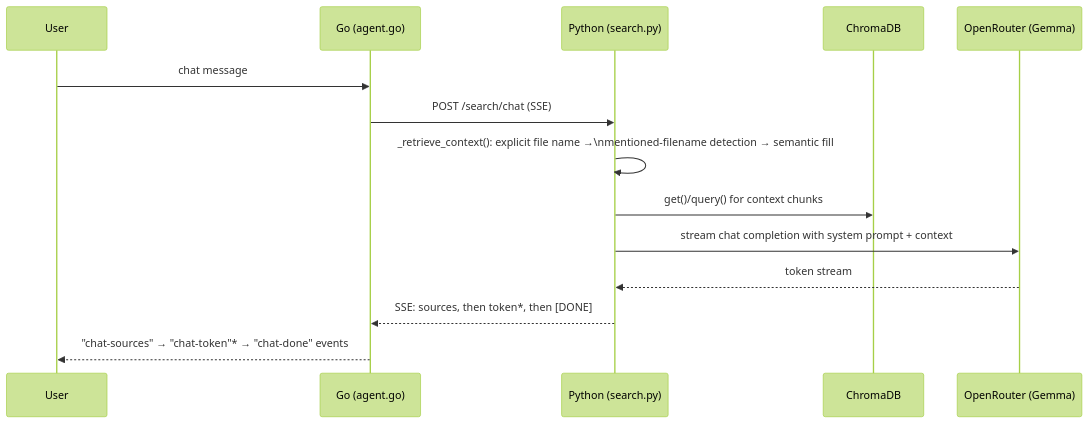
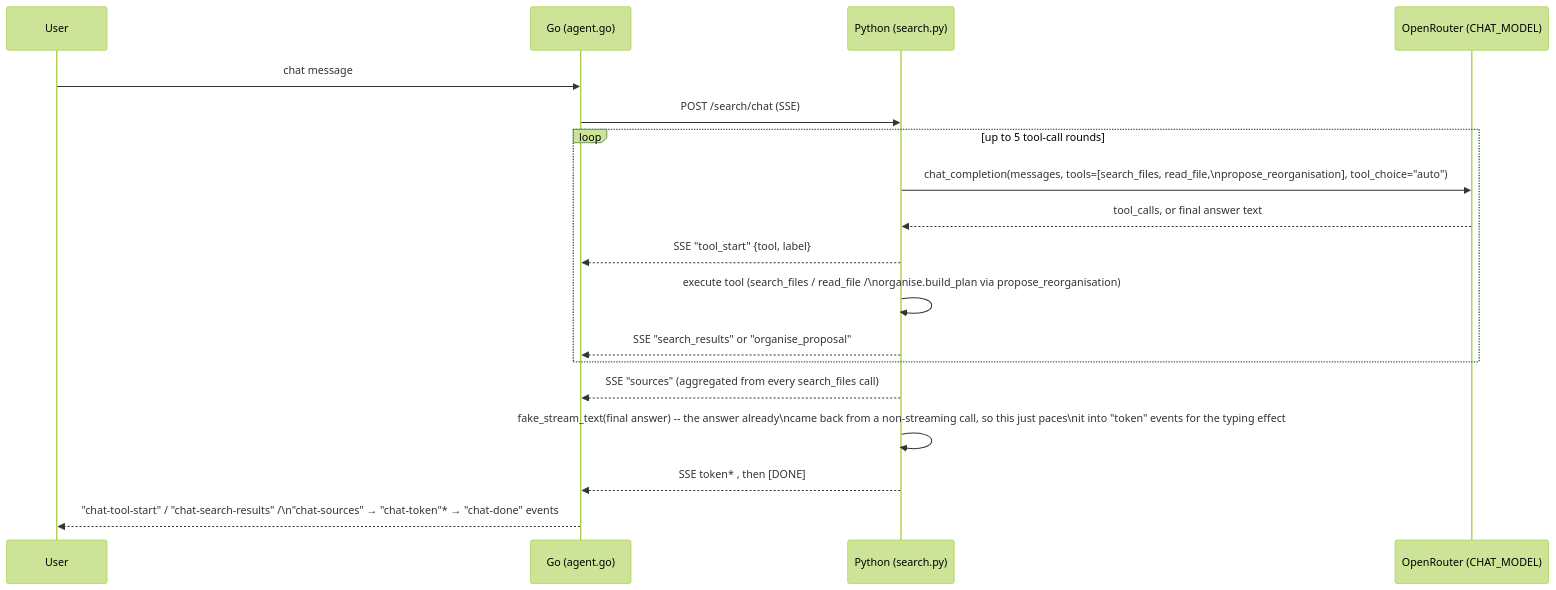
One commit to ArjunSyam/duckietown changed the fourth of 9 diagrams in docs/ARCHITECTURE.md. Above: the diagram before and after it, drawn with Mermaid (forest theme). The commit also changed other lines of this file and 48 other files, not shown here.

````diff
--- a/docs/ARCHITECTURE.md
+++ b/docs/ARCHITECTURE.md
@@ -209,17 +239,21 @@
 ```mermaid
 sequenceDiagram
     participant User
     participant Go as Go (agent.go)
     participant Sidecar as Python (search.py)
-    participant Chroma as ChromaDB
-    participant OR as OpenRouter (Gemma)
+    participant OR as OpenRouter (CHAT_MODEL)
 
     User->>Go: chat message
     Go->>Sidecar: POST /search/chat (SSE)
-    Sidecar->>Sidecar: _retrieve_context(): explicit file name →\nmentioned-filename detection → semantic fill
-    Sidecar->>Chroma: get()/query() for context chunks
-    Sidecar->>OR: stream chat completion with system prompt + context
-    OR-->>Sidecar: token stream
-    Sidecar-->>Go: SSE: sources, then token*, then [DONE]
-    Go-->>User: "chat-sources" → "chat-token"* → "chat-done" events
+    loop up to 5 tool-call rounds
+        Sidecar->>OR: chat_completion(messages, tools=[search_files, read_file,\npropose_reorganisation], tool_choice="auto")
+        OR-->>Sidecar: tool_calls, or final answer text
+        Sidecar-->>Go: SSE "tool_start" {tool, label}
+        Sidecar->>Sidecar: execute tool (search_files / read_file /\norganise.build_plan via propose_reorganisation)
+        Sidecar-->>Go: SSE "search_results" or "organise_proposal"
+    end
+    Sidecar-->>Go: SSE "sources" (aggregated from every search_files call)
+    Sidecar->>Sidecar: fake_stream_text(final answer) -- the answer already\ncame back from a non-streaming call, so this just paces\nit into "token" events for the typing effect
+    Sidecar-->>Go: SSE token* , then [DONE]
+    Go-->>User: "chat-tool-start" / "chat-search-results" /\n"chat-sources" → "chat-token"* → "chat-done" events
 ```
````
